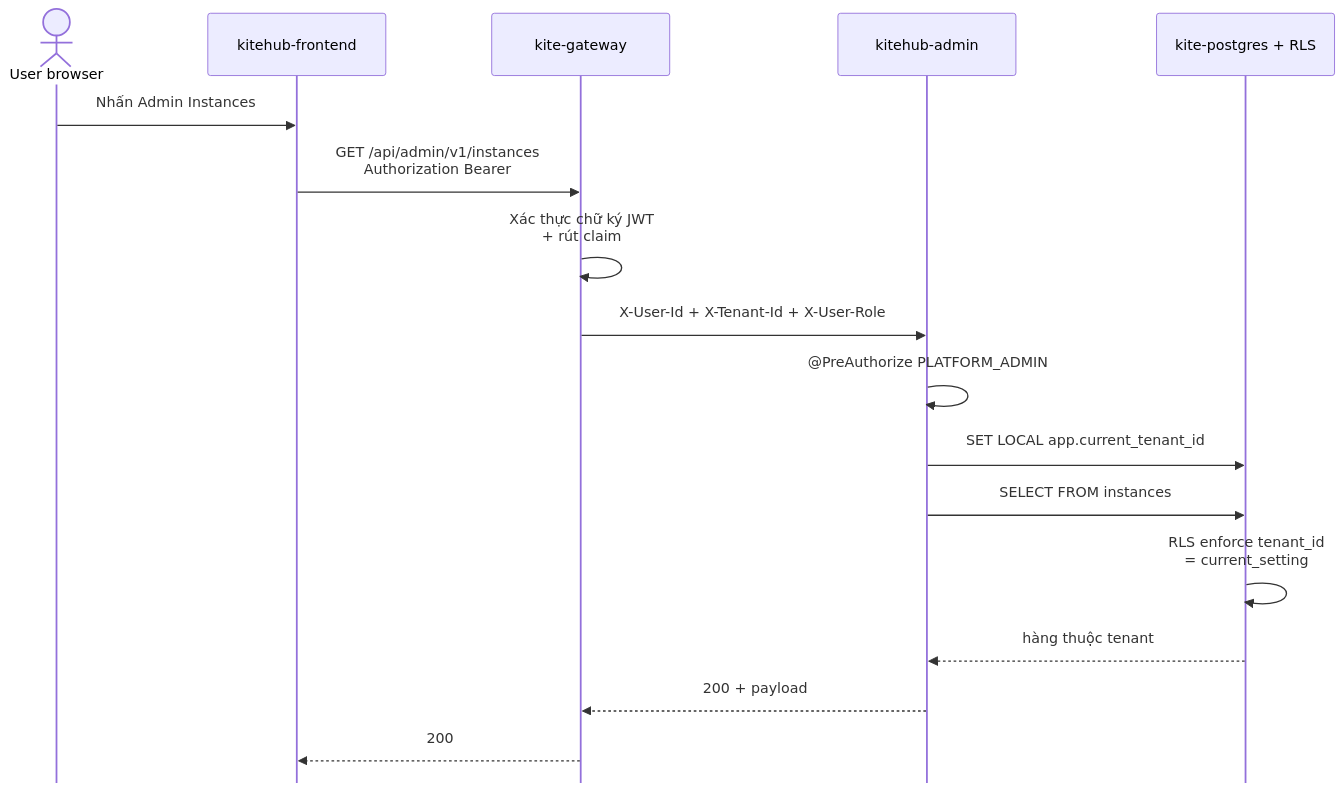
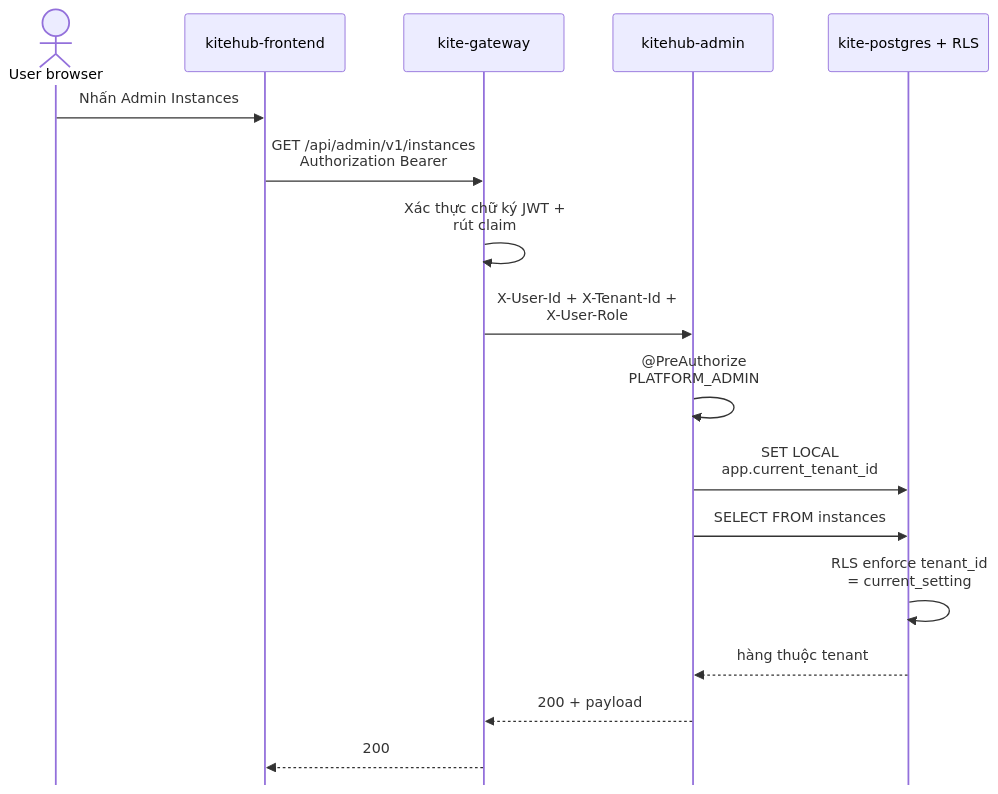
The fifth of 12 diagrams in documents/08-thesis/chapter-2-system-architecture.md (VictorAurelius/2026-Kite-Class-Platform), drawn with Mermaid before and after one commit. The commit also changed other lines of this file and 1 other file, not shown here.

Commit message:
docs(thesis): enlarge Hình 2.4a + 2.4b font (wrap + compact) + strip banned <br/>
Apply same fix as 2.4d to sibling sequences:
- 2.4a (login → JWT + audit): aspect 2.12→1.56
- 2.4b (authenticated request → RLS): aspect 2.12→1.38; also strip 3 banned
  <br/> in message labels (diagram-format-selection §4 — banned in sequenceDiagram,
  wrap:true handles line breaks instead)
- wrap:true + actorMargin 55 + width 180 + font 36/34/34 (consistent w/ 2.4d)

````diff
--- a/documents/08-thesis/chapter-2-system-architecture.md
+++ b/documents/08-thesis/chapter-2-system-architecture.md
@@ -438,21 +438,21 @@
 ```mermaid
-%%{init: {"sequence": {"diagramMarginX": 50, "diagramMarginY": 25, "actorMargin": 70, "width": 200, "height": 70, "boxMargin": 18, "boxTextMargin": 10, "noteMargin": 15, "messageMargin": 50, "mirrorActors": false}, "themeVariables": {"fontSize": "34px", "messageFontSize": "32px", "noteFontSize": "32px"}}}%%
+%%{init: {"sequence": {"diagramMarginX": 30, "diagramMarginY": 20, "actorMargin": 55, "width": 180, "height": 65, "boxMargin": 14, "boxTextMargin": 8, "noteMargin": 12, "messageMargin": 40, "mirrorActors": false, "wrap": true}, "themeVariables": {"fontSize": "36px", "messageFontSize": "34px", "noteFontSize": "34px"}}}%%
 sequenceDiagram
     actor User as User browser
     participant FE as kitehub-frontend
     participant GW as kite-gateway
     participant Admin as kitehub-admin
     participant PG as kite-postgres + RLS
 
     User->>FE: Nhấn Admin Instances
-    FE->>GW: GET /api/admin/v1/instances<br/>Authorization Bearer
-    GW->>GW: Xác thực chữ ký JWT<br/>+ rút claim
+    FE->>GW: GET /api/admin/v1/instances Authorization Bearer
+    GW->>GW: Xác thực chữ ký JWT + rút claim
     GW->>Admin: X-User-Id + X-Tenant-Id + X-User-Role
     Admin->>Admin: @PreAuthorize PLATFORM_ADMIN
     Admin->>PG: SET LOCAL app.current_tenant_id
     Admin->>PG: SELECT FROM instances
-    PG->>PG: RLS enforce tenant_id<br/>= current_setting
+    PG->>PG: RLS enforce tenant_id = current_setting
     PG-->>Admin: hàng thuộc tenant
     Admin-->>GW: 200 + payload
     GW-->>FE: 200
 ```
````
